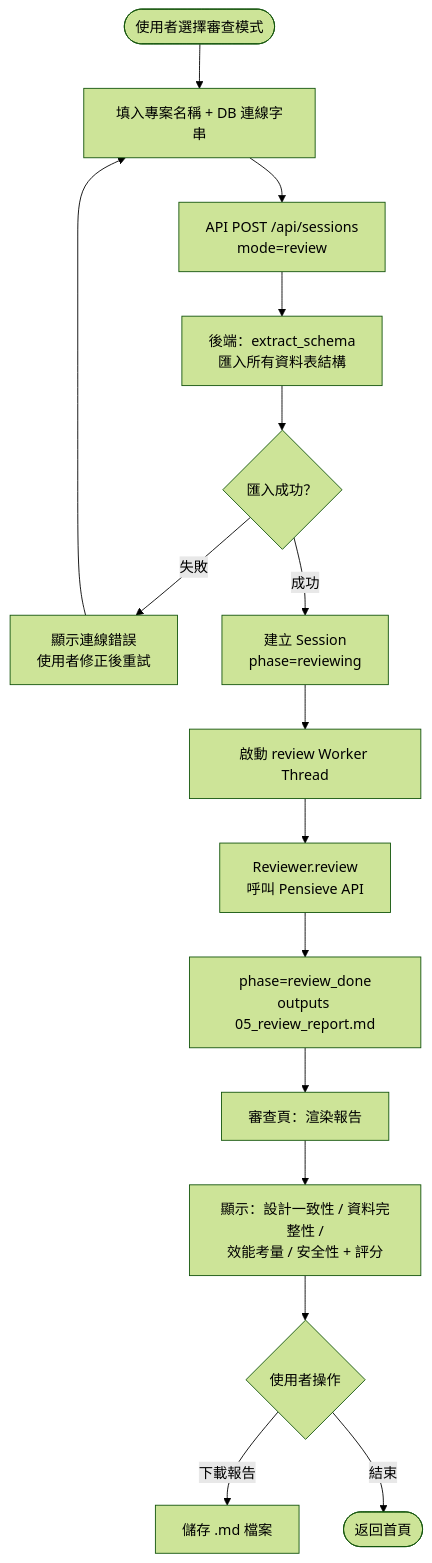
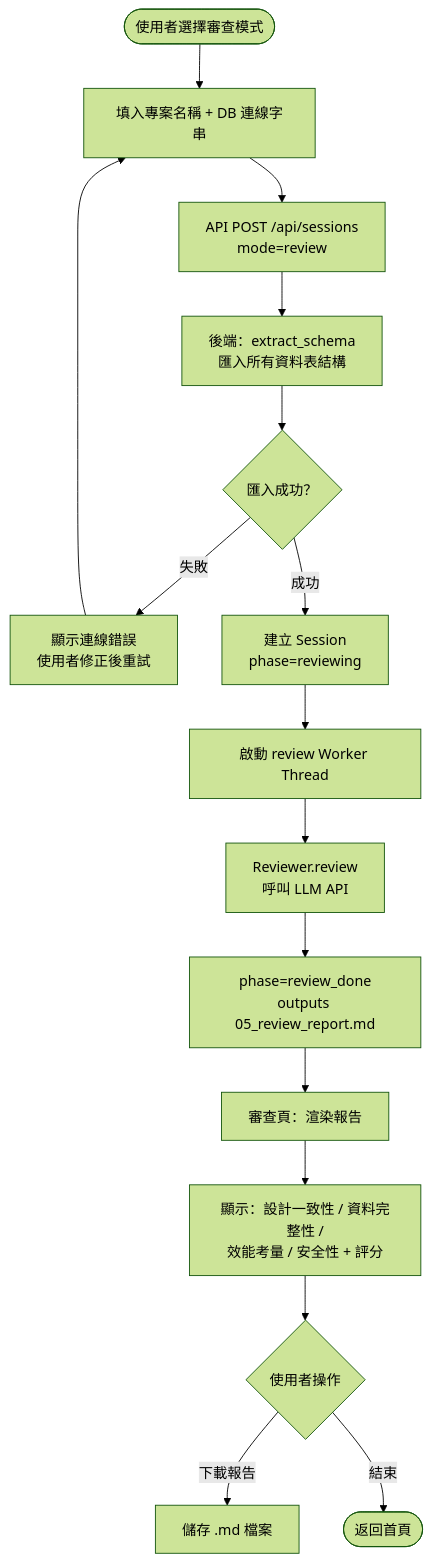
One commit to jjaass9507/SQL_agent changed the second of 4 diagrams in docs/workflow_diagrams.md. Above: the diagram before and after it, drawn with Mermaid (forest theme). The commit also changed other lines of this file and 16 other files, not shown here.

First line of the commit message:
Phase 0: LLM 客戶端改接 OpenAI 相容 Chat Completions API

````diff
--- a/docs/workflow_diagrams.md
+++ b/docs/workflow_diagrams.md
@@ -53,19 +53,19 @@
 ```mermaid
 flowchart TD
     A([使用者選擇審查模式]) --> B[填入專案名稱 + DB 連線字串]
     B --> C[API POST /api/sessions\nmode=review]
     C --> D[後端：extract_schema\n匯入所有資料表結構]
     D --> E{匯入成功？}
     E -->|失敗| F[顯示連線錯誤\n使用者修正後重試]
     F --> B
     E -->|成功| G[建立 Session\nphase=reviewing]
     G --> H[啟動 review Worker Thread]
-    H --> I[Reviewer.review\n呼叫 Pensieve API]
+    H --> I[Reviewer.review\n呼叫 LLM API]
     I --> J[phase=review_done\noutputs 05_review_report.md]
 
     J --> K[審查頁：渲染報告]
     K --> L[顯示：設計一致性 / 資料完整性 /\n效能考量 / 安全性 + 評分]
     L --> M{使用者操作}
     M -->|下載報告| N[儲存 .md 檔案]
     M -->|結束| O([返回首頁])
 ```
````
